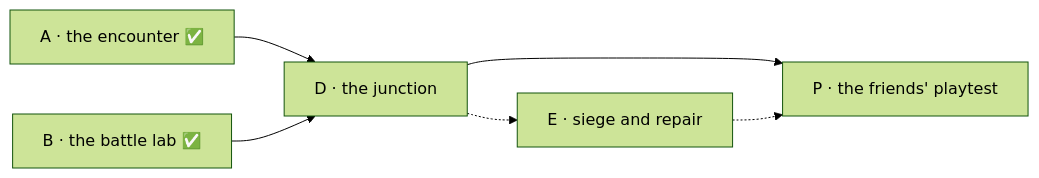
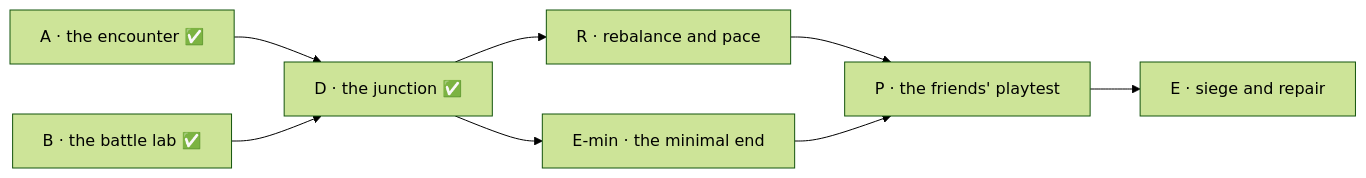
One commit to eliasfeijo/geometrix changed the diagram in docs/ROADMAP.md. Above: the diagram before and after it, drawn with Mermaid (forest theme). The commit also changed other lines of this file and 5 other files, not shown here.

````diff
--- a/docs/ROADMAP.md
+++ b/docs/ROADMAP.md
@@ -23,8 +25,10 @@
 ```mermaid
 flowchart LR
-    A["A · the encounter ✅"] --> D["D · the junction"]
+    A["A · the encounter ✅"] --> D["D · the junction ✅"]
     B["B · the battle lab ✅"] --> D
-    D --> P["P · the friends' playtest"]
-    D -.-> E["E · siege and repair"]
-    E -.-> P
+    D --> R["R · rebalance and pace"]
+    D --> M["E-min · the minimal end"]
+    R --> P["P · the friends' playtest"]
+    M --> P
+    P --> E["E · siege and repair"]
 ```
````
